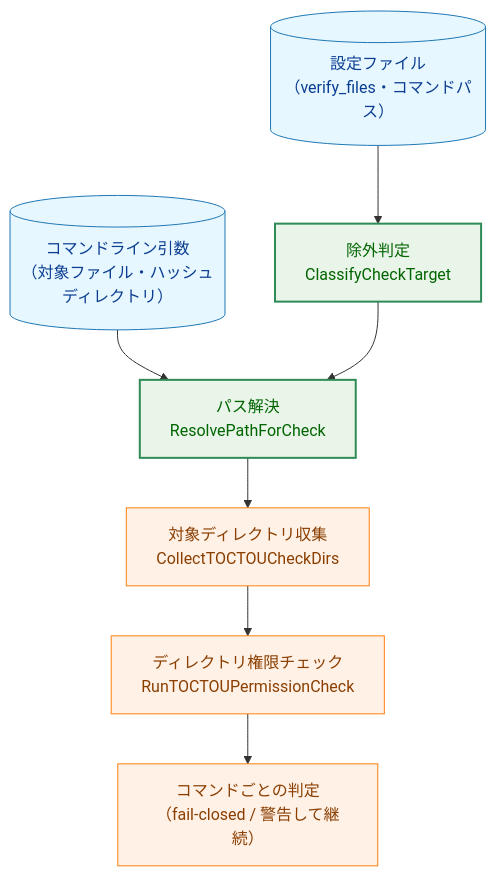
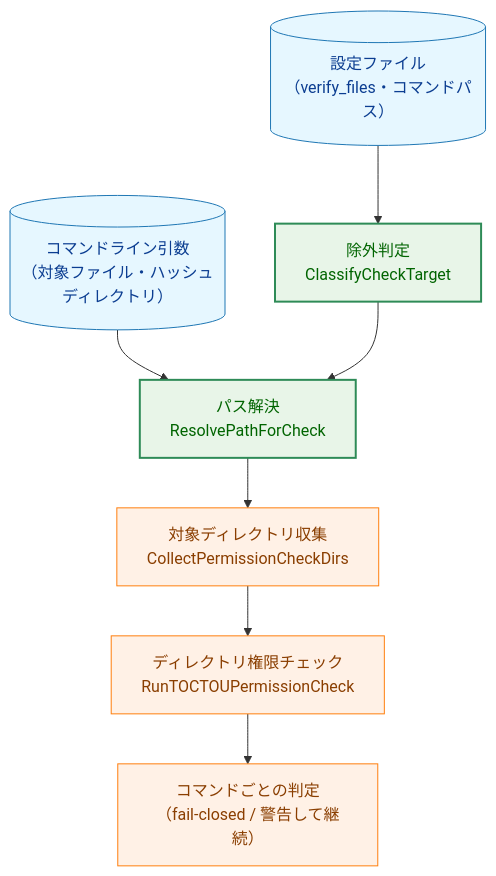
One commit to isseis/go-safe-cmd-runner changed the first of 11 diagrams in docs/tasks/0164_entrypoint_residual_low_info/02_architecture.md. Above: the diagram before and after it, drawn with Mermaid. The commit also changed other lines of this file and 8 other files, not shown here.

````diff
--- a/docs/tasks/0164_entrypoint_residual_low_info/02_architecture.md
+++ b/docs/tasks/0164_entrypoint_residual_low_info/02_architecture.md
@@ -60,26 +60,26 @@
 ```mermaid
 flowchart TD
     classDef data fill:#e6f7ff,stroke:#1f77b4,stroke-width:1px,color:#0b3d91;
     classDef process fill:#fff1e6,stroke:#ff7f0e,stroke-width:1px,color:#8a3e00;
     classDef enhanced fill:#e8f5e8,stroke:#2e8b57,stroke-width:2px,color:#006400;
 
     ARGS[("コマンドライン引数<br>（対象ファイル・ハッシュディレクトリ）")]
     CONF[("設定ファイル<br>（verify_files・コマンドパス）")]
 
     CLASSIFY["除外判定<br>ClassifyCheckTarget"]
     RESOLVE["パス解決<br>ResolvePathForCheck"]
-    COLLECT["対象ディレクトリ収集<br>CollectTOCTOUCheckDirs"]
+    COLLECT["対象ディレクトリ収集<br>CollectPermissionCheckDirs"]
     CHECK["ディレクトリ権限チェック<br>RunTOCTOUPermissionCheck"]
     VERDICT["コマンドごとの判定<br>（fail-closed / 警告して継続）"]
 
     ARGS --> RESOLVE
     CONF --> CLASSIFY
     CLASSIFY --> RESOLVE
     RESOLVE --> COLLECT
     COLLECT --> CHECK
     CHECK --> VERDICT
 
     class ARGS,CONF data
     class COLLECT,CHECK,VERDICT process
     class CLASSIFY,RESOLVE enhanced
 ```
````
